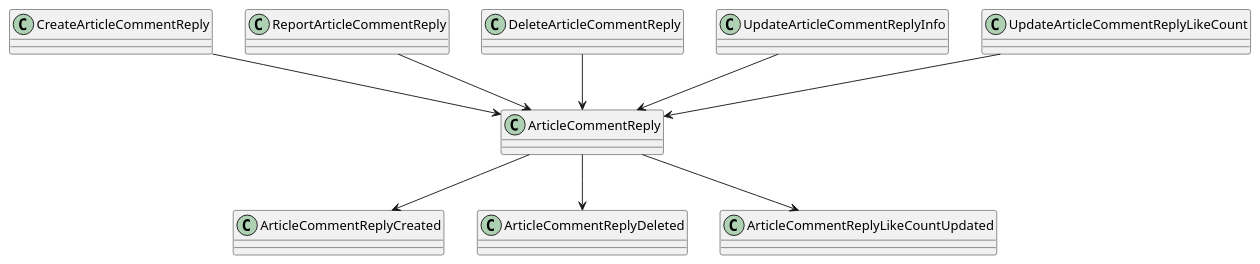
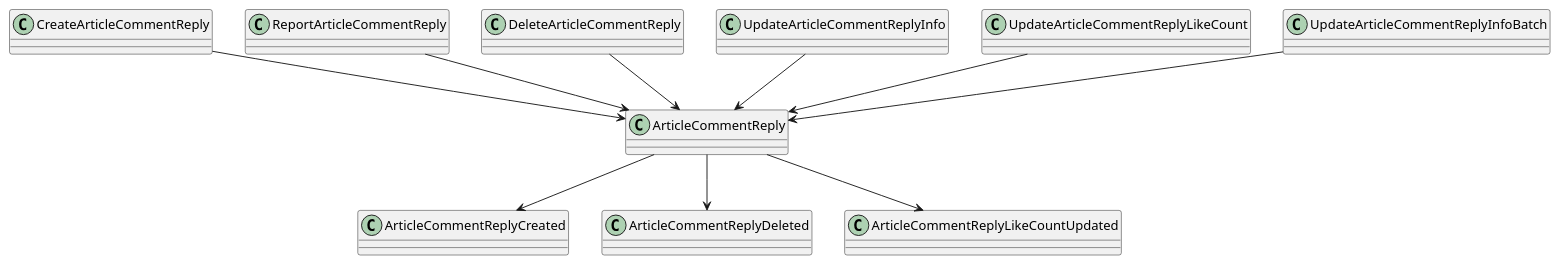
Before and after one commit to LDmoxeii/only4-KSP-cap4j: the diagram in design/domain/article_comment_reply/relationCDE.puml, drawn with PlantUML. The commit also changed 18 other files, not shown here.

```diff
--- a/design/domain/article_comment_reply/relationCDE.puml
+++ b/design/domain/article_comment_reply/relationCDE.puml
@@ -1,12 +1,13 @@
 @startuml
 
 CreateArticleCommentReply               -down-> ArticleCommentReply
 ReportArticleCommentReply               -down-> ArticleCommentReply
 DeleteArticleCommentReply               -down-> ArticleCommentReply
 UpdateArticleCommentReplyInfo           -down-> ArticleCommentReply
 UpdateArticleCommentReplyLikeCount      -down-> ArticleCommentReply
+UpdateArticleCommentReplyInfoBatch      -down-> ArticleCommentReply
 
 ArticleCommentReply -down-> ArticleCommentReplyCreated
 ArticleCommentReply -down-> ArticleCommentReplyDeleted
 ArticleCommentReply -down-> ArticleCommentReplyLikeCountUpdated
 @enduml
```
